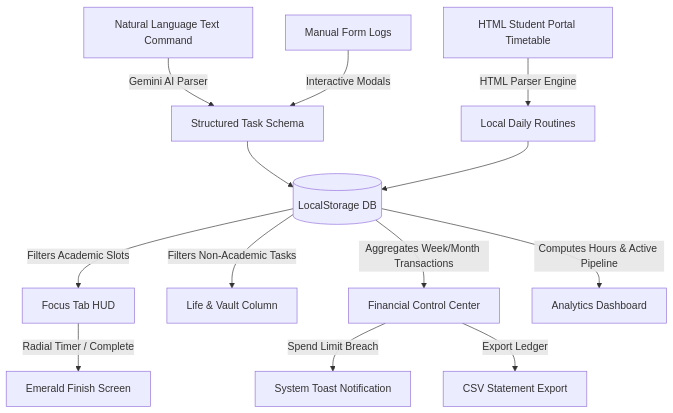
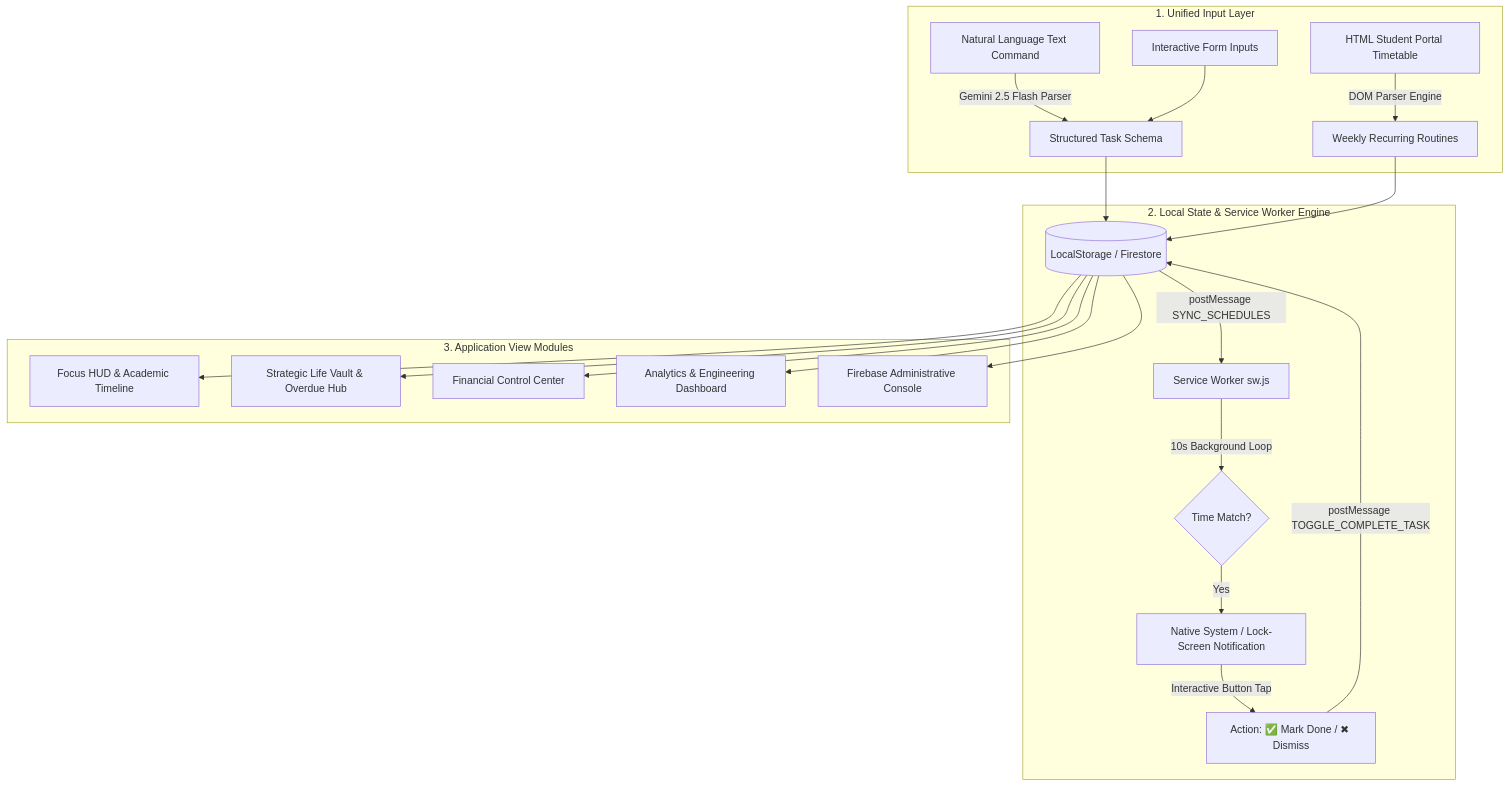
The diagram in README.md (Prayanshuchourasia-01/DueVault-AI), drawn with Mermaid before and after one commit. The commit also changed other lines of this file and 1 other file, not shown here.

````diff
--- a/README.md
+++ b/README.md
@@ -14,22 +13,29 @@
 ```mermaid
 flowchart TD
-    %% Inputs
-    Input1[Natural Language Text Command] --> |Gemini AI Parser| Schema[Structured Task Schema]
-    Input2[HTML Student Portal Timetable] --> |HTML Parser Engine| Routines[Local Daily Routines]
-    Input3[Manual Form Logs] --> |Interactive Modals| Schema
+    %% Input Layer
+    subgraph Inputs["1. Unified Input Layer"]
+        A1[Natural Language Text Command] --> |Gemini 2.5 Flash Parser| B1[Structured Task Schema]
+        A2[HTML Student Portal Timetable] --> |DOM Parser Engine| B2[Weekly Recurring Routines]
+        A3[Interactive Form Inputs] --> B1
+    end
 
-    %% Processing & Storage
-    Schema --> LS[(LocalStorage DB)]
-    Routines --> LS
-    
-    %% Views / HUD Modules
-    LS --> |Filters Academic Slots| HUD[Focus Tab HUD]
-    LS --> |Filters Non-Academic Tasks| Vault[Life & Vault Column]
-    LS --> |Aggregates Week/Month Transactions| Finance[Financial Control Center]
-    LS --> |Computes Hours & Active Pipeline| Dash[Analytics Dashboard]
+    %% Storage & Service Worker Engine
+    subgraph CoreEngine["2. Local State & Service Worker Engine"]
+        B1 --> Storage[(LocalStorage / Firestore)]
+        B2 --> Storage
+        Storage --> |postMessage SYNC_SCHEDULES| SW[Service Worker sw.js]
+        SW --> |10s Background Loop| SWCheck{Time Match?}
+        SWCheck -->|Yes| PhoneNotif[Native System / Lock-Screen Notification]
+        PhoneNotif -->|Interactive Button Tap| ActionMark[Action: ✅ Mark Done / ✖ Dismiss]
+        ActionMark -->|postMessage TOGGLE_COMPLETE_TASK| Storage
+    end
 
-    %% Interactions & Controls
-    HUD --> |Radial Timer / Complete| Success[Emerald Finish Screen]
-    Finance --> |Spend Limit Breach| Push[System Toast Notification]
-    Finance --> |Export Ledger| CSV[CSV Statement Export]
+    %% View Modules
+    subgraph Views["3. Application View Modules"]
+        Storage --> V1[Focus HUD & Academic Timeline]
+        Storage --> V2[Strategic Life Vault & Overdue Hub]
+        Storage --> V3[Financial Control Center]
+        Storage --> V4[Analytics & Engineering Dashboard]
+        Storage --> V5[Firebase Administrative Console]
+    end
 ```
````
